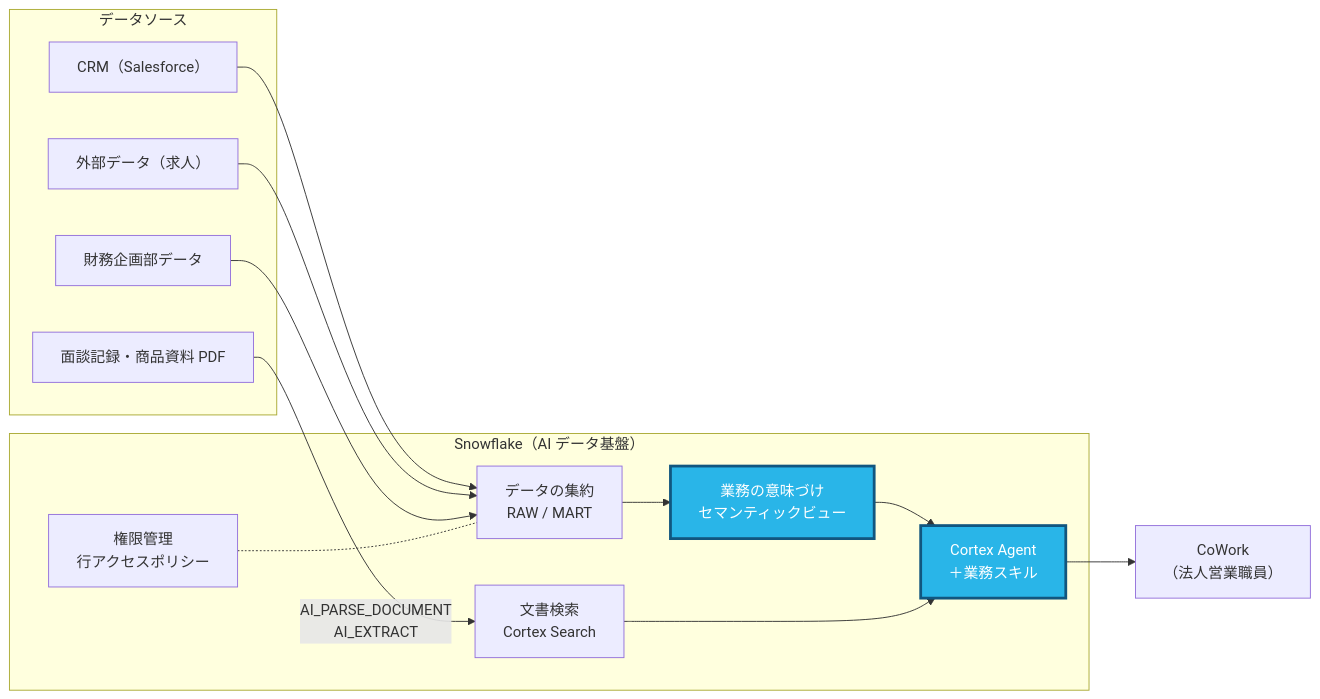
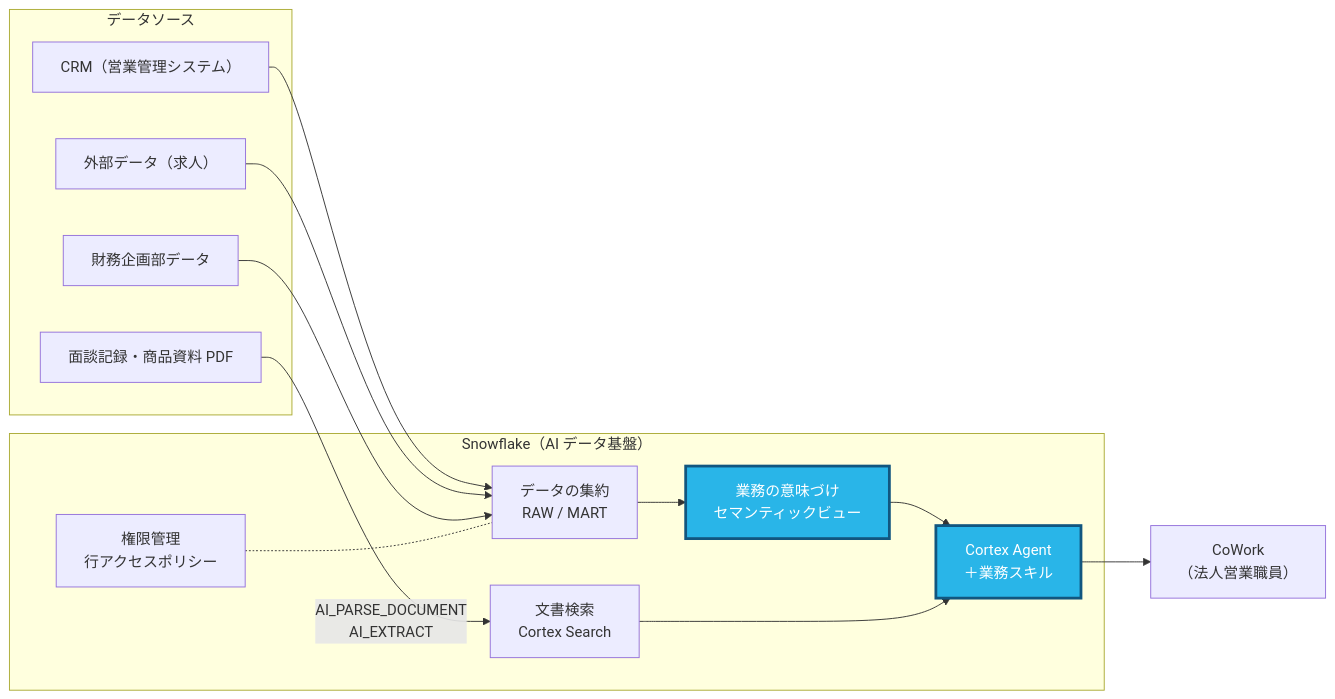
The diagram in handson/part3_agent_ab.md (sfc-gh-kmotokubota/snowlife-corporate-sales-handson), drawn with Mermaid before and after one commit. The commit also changed 4 other files, not shown here.

````diff
--- a/handson/part3_agent_ab.md
+++ b/handson/part3_agent_ab.md
@@ -9,27 +9,27 @@
 ```mermaid
 flowchart LR
   subgraph sources [データソース]
-    crm["CRM（Salesforce）"]
+    crm["CRM（営業管理システム）"]
     pdf["面談記録・商品資料 PDF"]
     fin["財務企画部データ"]
     ext["外部データ（求人）"]
   end
   subgraph sf [Snowflake（AI データ基盤）]
     raw["データの集約<br>RAW / MART"]
     search["文書検索<br>Cortex Search"]
     sv["業務の意味づけ<br>セマンティックビュー"]
     agent["Cortex Agent<br>＋業務スキル"]
     gov["権限管理<br>行アクセスポリシー"]
   end
   crm --> raw
   ext --> raw
   fin --> raw
   pdf -->|"AI_PARSE_DOCUMENT<br>AI_EXTRACT"| search
   raw --> sv
   sv --> agent
   search --> agent
   gov -.- raw
   agent --> cowork["CoWork<br>（法人営業職員）"]
   classDef now fill:#29B5E8,stroke:#11567F,color:#ffffff,stroke-width:3px
   class sv,agent now
 ```
````
